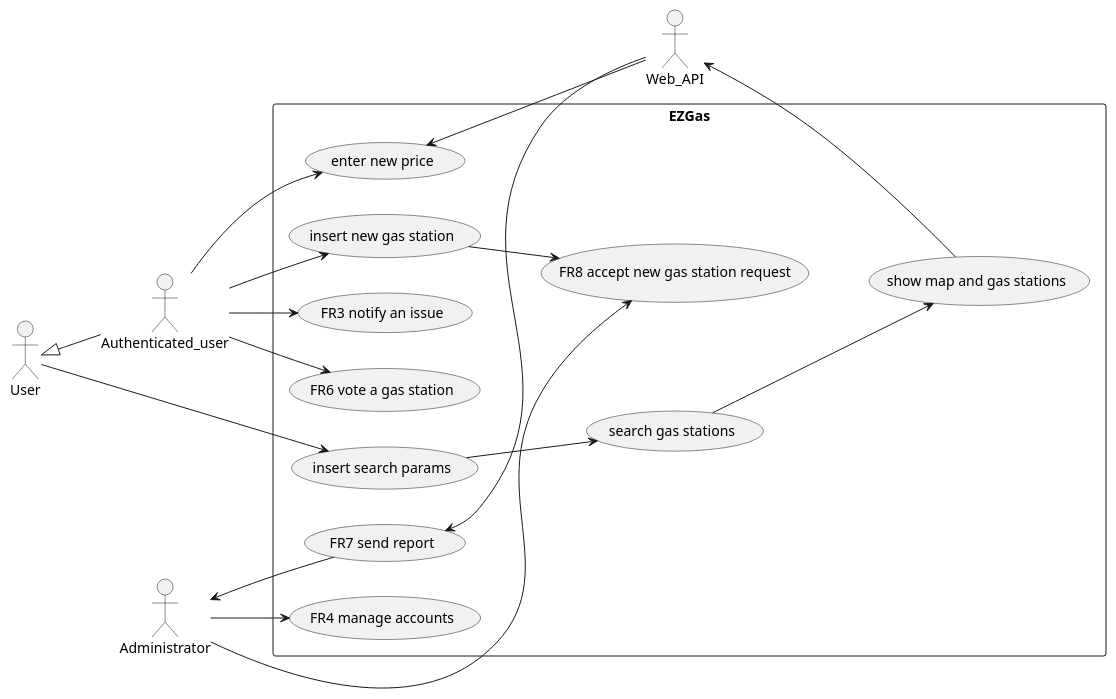
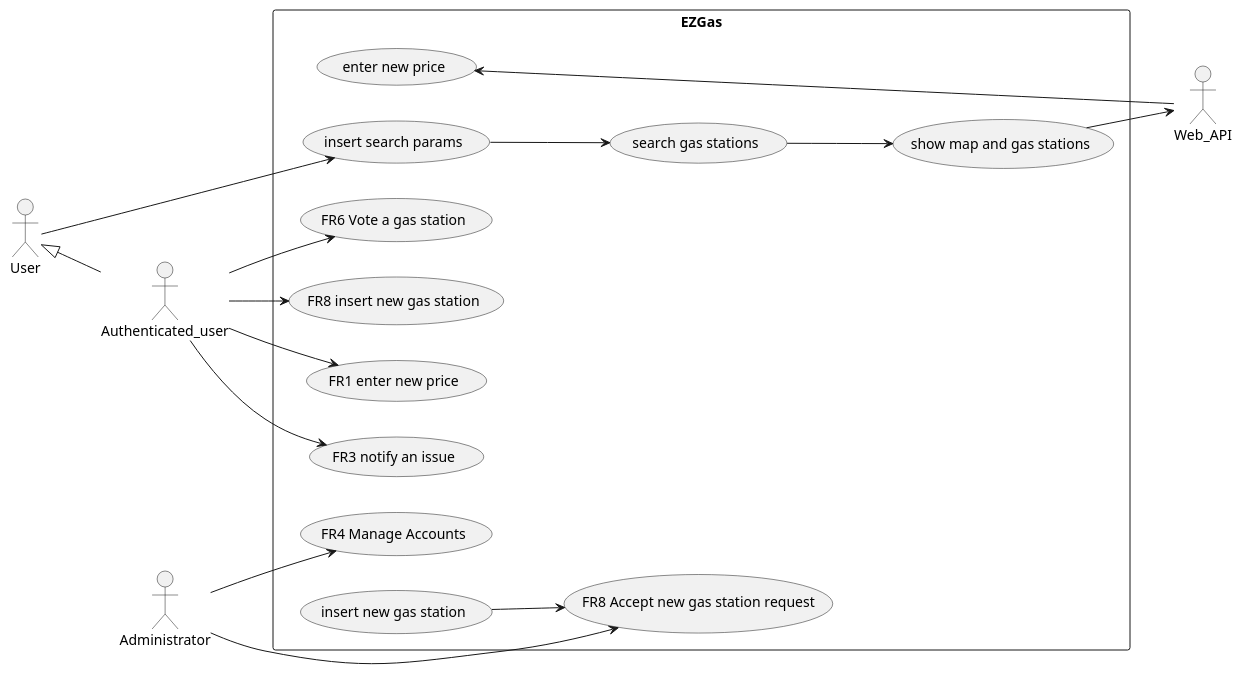
Before and after one commit to SE2-group4/SE1-project: the second of 3 diagrams in docs/RequirementsDocument.md, drawn with PlantUML. The commit also changed other lines of this file, not shown here.

````diff
--- a/docs/RequirementsDocument.md
+++ b/docs/RequirementsDocument.md
@@ -105,29 +114,35 @@
 ```plantuml
 @startuml
+
 left to right direction
 
 Actor User as U
 Actor Authenticated_user as AU
 Actor Administrator as A
 Actor Web_API as WA
 
 U <|-- AU
 rectangle EZGas{
+  U --> (insert search params)
+
+  AU --> (FR6 Vote a gas station)
+  AU --> (FR8 insert new gas station)
+  AU --> (FR1 enter new price)
+  AU --> (FR3 notify an issue)
+
+  A --> (FR4 Manage Accounts)
+  A --> (FR8 Accept new gas station request)
+  'A <-- (FR7 send report)
+
+  'WA --> (FR7 send report)*
+  (show map and gas stations) --> WA
+  (enter new price) <-- WA
+  (insert new gas station) --> (FR8 Accept new gas station request)
+  (insert search params) --> (search gas stations)
   (search gas stations) --> (show map and gas stations)
-  AU --> (FR6 vote a gas station)
-  U --> (insert search params)
-  AU --> (insert new gas station)
-  AU --> (enter new price)
-  (enter new price) <-- WA
-  (insert new gas station) --> (FR8 accept new gas station request)
-  AU --> (FR3 notify an issue)
-  (insert search params) --> (search gas stations)
-  A --> (FR4 manage accounts)
-  A --> (FR8 accept new gas station request)
-  A <-- (FR7 send report)
-  WA --> (FR7 send report)
-  (show map and gas stations) --> WA
+
+
 }
 
 @enduml
 ```
````
